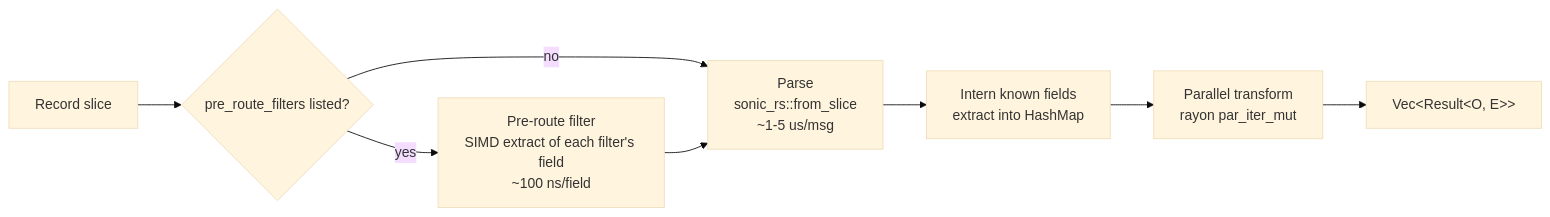
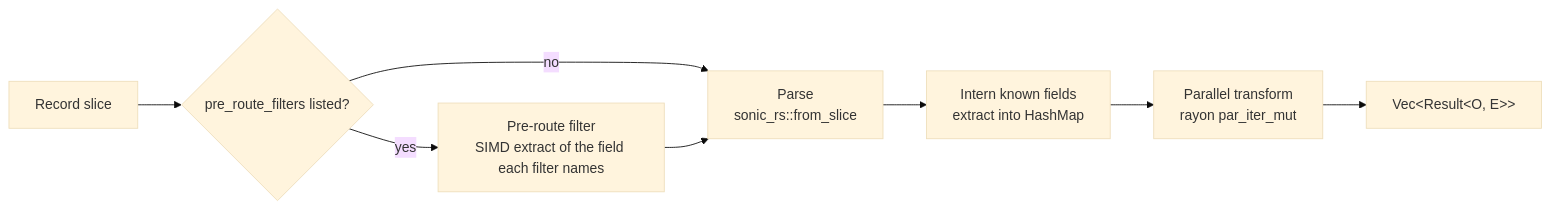
The diagram in docs/pipeline/batch-engine.md (hyperi-io/scalo-rs), drawn with Mermaid (base theme) before and after one commit. The commit also changed other lines of this file and 56 other files, not shown here.

````diff
--- a/docs/pipeline/batch-engine.md
+++ b/docs/pipeline/batch-engine.md
@@ -29,10 +28,10 @@
 ```mermaid
 flowchart LR
     R[Record slice] --> C{pre_route_filters listed?}
-    C -->|yes| F[Pre-route filter<br/>SIMD extract of each filter's field<br/>~100 ns/field]
+    C -->|yes| F["Pre-route filter<br/>SIMD extract of the field each filter names"]
     C -->|no| P
-    F --> P[Parse<br/>sonic_rs::from_slice<br/>~1-5 us/msg]
+    F --> P[Parse<br/>sonic_rs::from_slice]
     P --> I[Intern known fields<br/>extract into HashMap]
     I --> T[Parallel transform<br/>rayon par_iter_mut]
     T --> O[Vec&lt;Result&lt;O, E&gt;&gt;]
 ```
````
